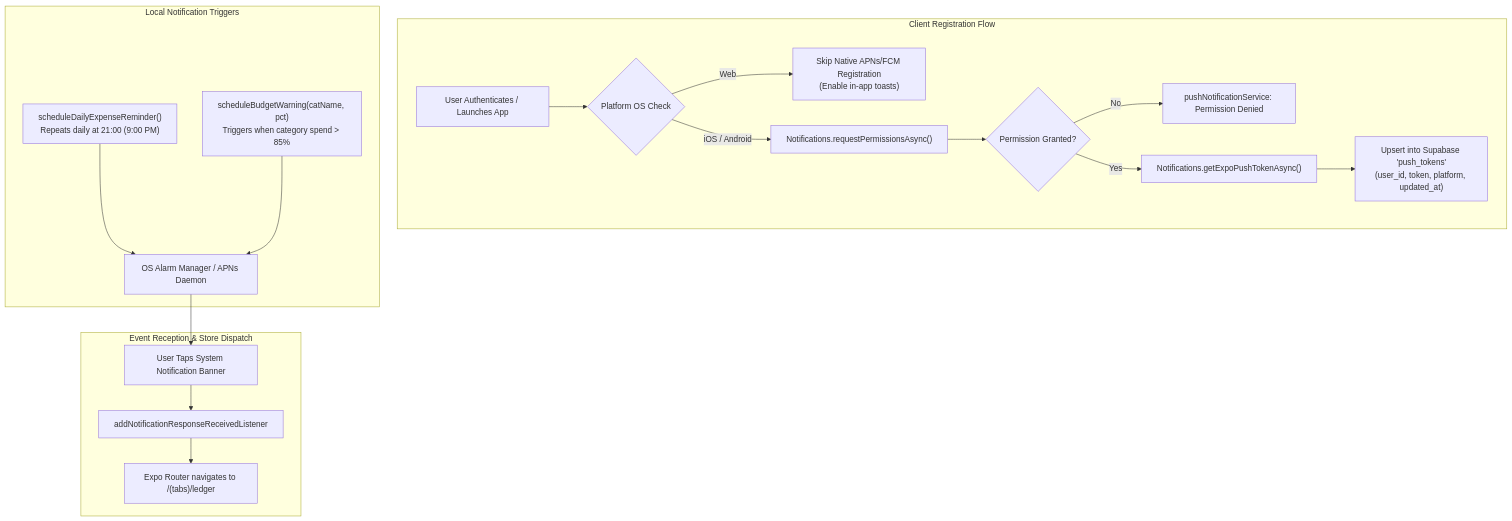
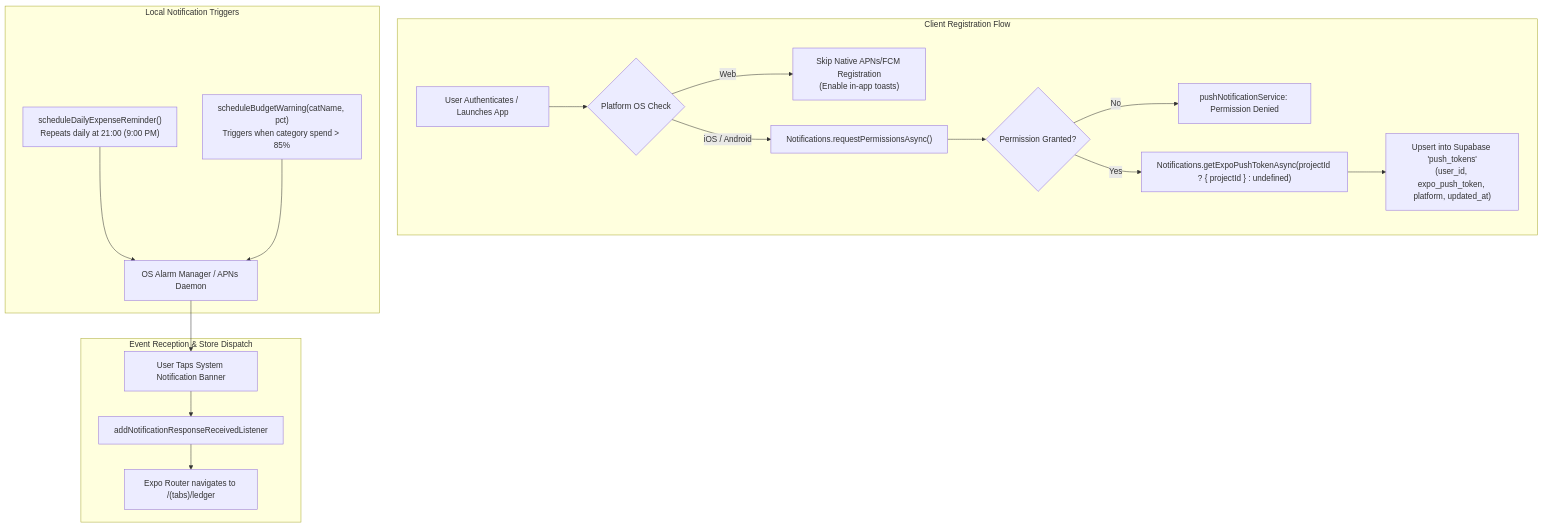
Before and after one commit to Bert0ns/bert0ns-family-management: the first of 4 diagrams in docs/architecture/04-sensors-kinematics-and-native.md, drawn with Mermaid. The commit also changed other lines of this file and 8 other files, not shown here.

First line of the commit message:
fix(notifications): align push token schema, android channels, and device lifecycle (closes #19) (#32)

````diff
--- a/docs/architecture/04-sensors-kinematics-and-native.md
+++ b/docs/architecture/04-sensors-kinematics-and-native.md
@@ -49,28 +47,28 @@
 ```mermaid
 flowchart TB
     subgraph ClientBoot ["Client Registration Flow"]
         AppStart["User Authenticates / Launches App"] --> OSCheck{"Platform OS Check"}
         OSCheck -->|Web| SkipNativeToken["Skip Native APNs/FCM Registration<br/>(Enable in-app toasts)"]
         OSCheck -->|iOS / Android| RequestPermission["Notifications.requestPermissionsAsync()"]
 
         RequestPermission --> PermissionGate{"Permission Granted?"}
         PermissionGate -->|No| LogReject["pushNotificationService: Permission Denied"]
-        PermissionGate -->|Yes| FetchExpoToken["Notifications.getExpoPushTokenAsync()"]
+        PermissionGate -->|Yes| FetchExpoToken["Notifications.getExpoPushTokenAsync(projectId ? { projectId } : undefined)"]
 
-        FetchExpoToken --> UpsertSupabase["Upsert into Supabase 'push_tokens'<br/>(user_id, token, platform, updated_at)"]
+        FetchExpoToken --> UpsertSupabase["Upsert into Supabase 'push_tokens'<br/>(user_id, expo_push_token, platform, updated_at)"]
     end
 
     subgraph ScheduledLocalAlerts ["Local Notification Triggers"]
         DailyReminderTrigger["scheduleDailyExpenseReminder()<br/>Repeats daily at 21:00 (9:00 PM)"]
         BudgetWarningTrigger["scheduleBudgetWarning(catName, pct)<br/>Triggers when category spend > 85%"]
 
         DailyReminderTrigger --> OSAlarmClock["OS Alarm Manager / APNs Daemon"]
         BudgetWarningTrigger --> OSAlarmClock
     end
 
     subgraph NotificationReception ["Event Reception & Store Dispatch"]
         OSAlarmClock --> BackgroundBanner["User Taps System Notification Banner"]
         BackgroundBanner --> NotificationResponseListener["addNotificationResponseReceivedListener"]
         NotificationResponseListener --> RouteLedger["Expo Router navigates to /(tabs)/ledger"]
     end
 ```
````
